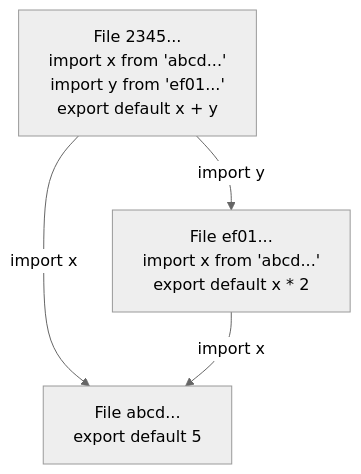
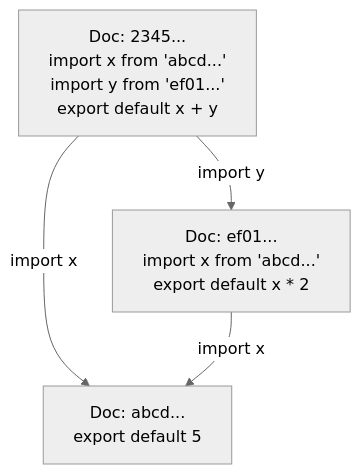
The diagram in todo/sergey/disot.md (functionalscript/functionalscript), drawn with Mermaid (neutral theme) before and after one commit. The commit also changed other lines of this file, not shown here.

````diff
--- a/todo/sergey/disot.md
+++ b/todo/sergey/disot.md
@@ -36,18 +36,18 @@
 ```mermaid
 flowchart TD
-    C["File 2345...
+    C["Doc: 2345...
     import x from 'abcd...'
     import y from 'ef01...'
     export default x + y"]
 
-    B["File ef01...
+    B["Doc: ef01...
     import x from 'abcd...'
     export default x * 2"]
 
-    A["File abcd...
+    A["Doc: abcd...
     export default 5"]
 
     C -->|"import x"| A
     C -->|"import y"| B
     B -->|"import x"| A
 ```
````
